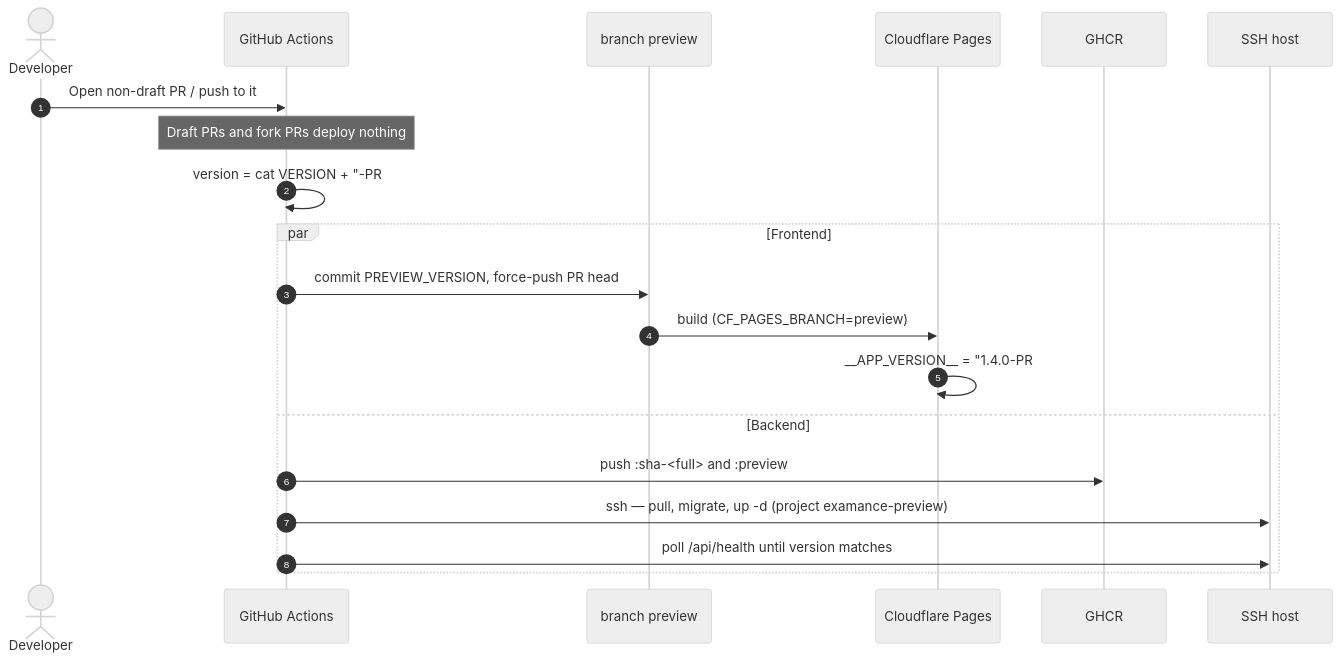
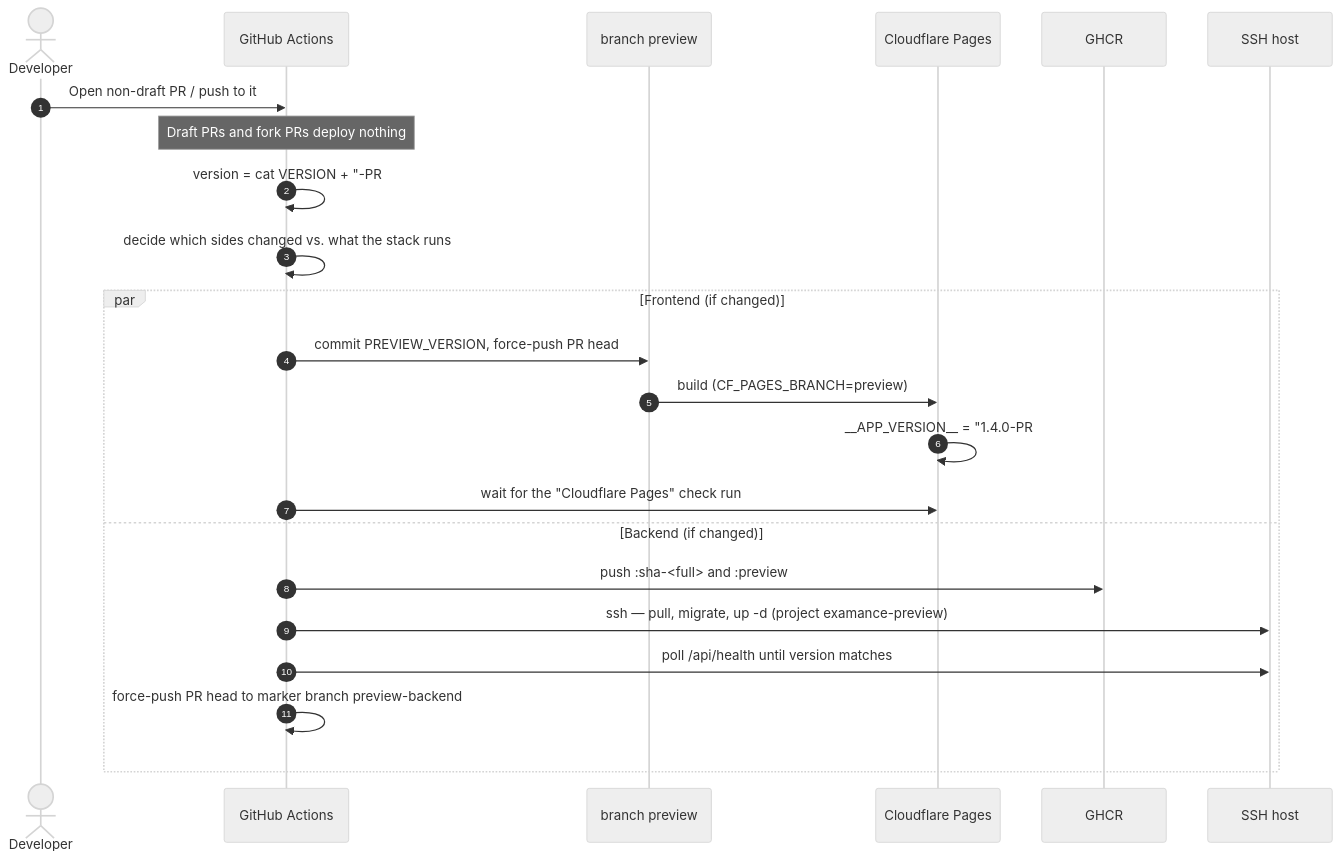
The fourth of 5 diagrams in docs/deployment.md (ValentinHerrmann/Examance), drawn with Mermaid (neutral theme) before and after one commit. The commit also changed other lines of this file and 11 other files, not shown here.

Commit message:
feat: enhance deployment workflows with Cloudflare Pages integration and selective deploy logic

````diff
--- a/docs/deployment.md
+++ b/docs/deployment.md
@@ -135,23 +137,26 @@
 ```mermaid
 sequenceDiagram
     autonumber
     actor D as Developer
     participant GA as GitHub Actions
     participant P as branch preview
     participant CF as Cloudflare Pages
     participant GR as GHCR
     participant S as SSH host
 
     D->>GA: Open non-draft PR / push to it
     Note over GA: Draft PRs and fork PRs deploy nothing
     GA->>GA: version = cat VERSION + "-PR#<number> [<built-at>]"
-    par Frontend
+    GA->>GA: decide which sides changed vs. what the stack runs
+    par Frontend (if changed)
         GA->>P: commit PREVIEW_VERSION, force-push PR head
         P->>CF: build (CF_PAGES_BRANCH=preview)
         CF->>CF: __APP_VERSION__ = "1.4.0-PR#123 [18.08.2026 | 14:32]"
-    and Backend
+        GA->>CF: wait for the "Cloudflare Pages" check run
+    and Backend (if changed)
         GA->>GR: push :sha-<full> and :preview
         GA->>S: ssh — pull, migrate, up -d (project examance-preview)
         GA->>S: poll /api/health until version matches
+        GA->>GA: force-push PR head to marker branch preview-backend
     end
 ```
````
